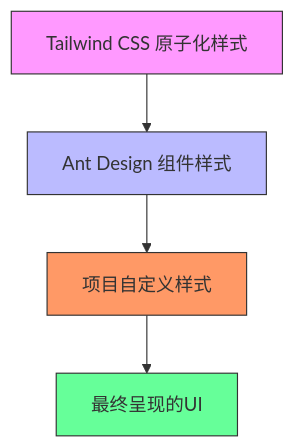
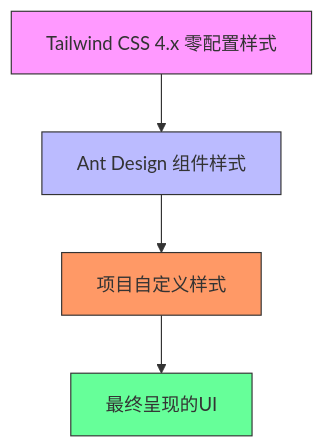
One commit to fengerzh/react-vscode-template changed the second of 6 diagrams in .qoder/repowiki/zh/content/样式方案/样式方案.md. Above: the diagram before and after it, drawn with Mermaid. The commit also changed other lines of this file and 6 other files, not shown here.

````diff
--- a/.qoder/repowiki/zh/content/样式方案/样式方案.md
+++ b/.qoder/repowiki/zh/content/样式方案/样式方案.md
@@ -73,10 +84,10 @@
 ```mermaid
 graph TD
-A[Tailwind CSS 原子化样式] --> B[Ant Design 组件样式]
+A[Tailwind CSS 4.x 零配置样式] --> B[Ant Design 组件样式]
 B --> C[项目自定义样式]
 C --> D[最终呈现的UI]
 style A fill:#f9f,stroke:#333
 style B fill:#bbf,stroke:#333
 style C fill:#f96,stroke:#333
 style D fill:#6f9,stroke:#333
 ```
````
